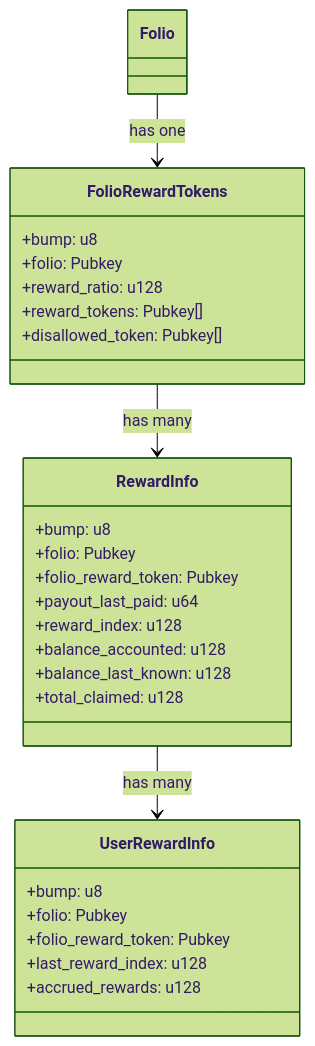
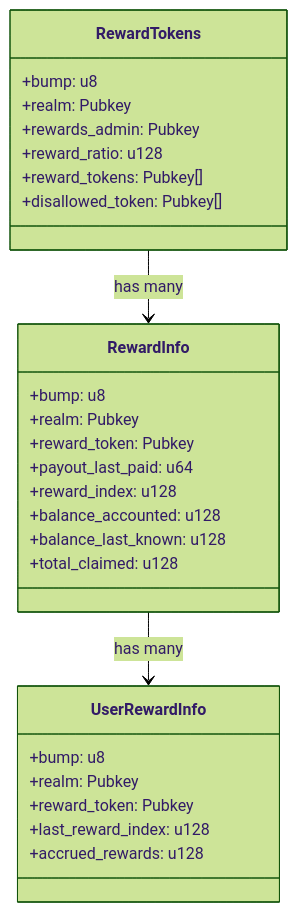
One commit to reserve-protocol/reserve-index-dtfs-solana changed the fourth of 5 diagrams in README.md. Above: the diagram before and after it, drawn with Mermaid (forest theme). The commit also changed other lines of this file and 118 other files, not shown here.

````diff
--- a/README.md
+++ b/README.md
@@ -532,33 +514,33 @@
 ```mermaid
 classDiagram
-    class FolioRewardTokens {
+    class RewardTokens {
         +bump: u8
-        +folio: Pubkey
+        +realm: Pubkey
+        +rewards_admin: Pubkey
         +reward_ratio: u128
         +reward_tokens: Pubkey[]
         +disallowed_token: Pubkey[]
     }
 
     class RewardInfo {
         +bump: u8
-        +folio: Pubkey
-        +folio_reward_token: Pubkey
+        +realm: Pubkey
+        +reward_token: Pubkey
         +payout_last_paid: u64
         +reward_index: u128
         +balance_accounted: u128
         +balance_last_known: u128
         +total_claimed: u128
     }
 
     class UserRewardInfo {
         +bump: u8
-        +folio: Pubkey
-        +folio_reward_token: Pubkey
+        +realm: Pubkey
+        +reward_token: Pubkey
         +last_reward_index: u128
         +accrued_rewards: u128
     }
 
-    Folio --> FolioRewardTokens: has one
-    FolioRewardTokens --> RewardInfo: has many
+    RewardTokens --> RewardInfo: has many
     RewardInfo --> UserRewardInfo: has many
 ```
````
